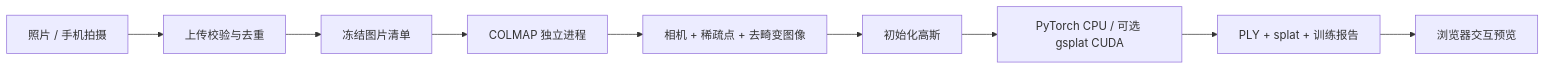
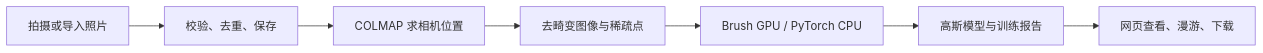
Before and after one commit to sakorman/web-scan: the diagram in README.md, drawn with Mermaid. The commit also changed other lines of this file and 14 other files, not shown here.

````diff
--- a/README.md
+++ b/README.md
@@ -79,11 +107,9 @@
 ```mermaid
 flowchart LR
-    A[照片 / 手机拍摄] --> B[上传校验与去重]
-    B --> C[冻结图片清单]
-    C --> D[COLMAP 独立进程]
-    D --> E[相机 + 稀疏点 + 去畸变图像]
-    E --> F[初始化高斯]
-    F --> G[PyTorch CPU / 可选 gsplat CUDA]
-    G --> H[PLY + splat + 训练报告]
-    H --> I[浏览器交互预览]
+    A[拍摄或导入照片] --> B[校验、去重、保存]
+    B --> C[COLMAP 求相机位置]
+    C --> D[去畸变图像与稀疏点]
+    D --> E[Brush GPU / PyTorch CPU]
+    E --> F[高斯模型与训练报告]
+    F --> G[网页查看、漫游、下载]
 ```
````
